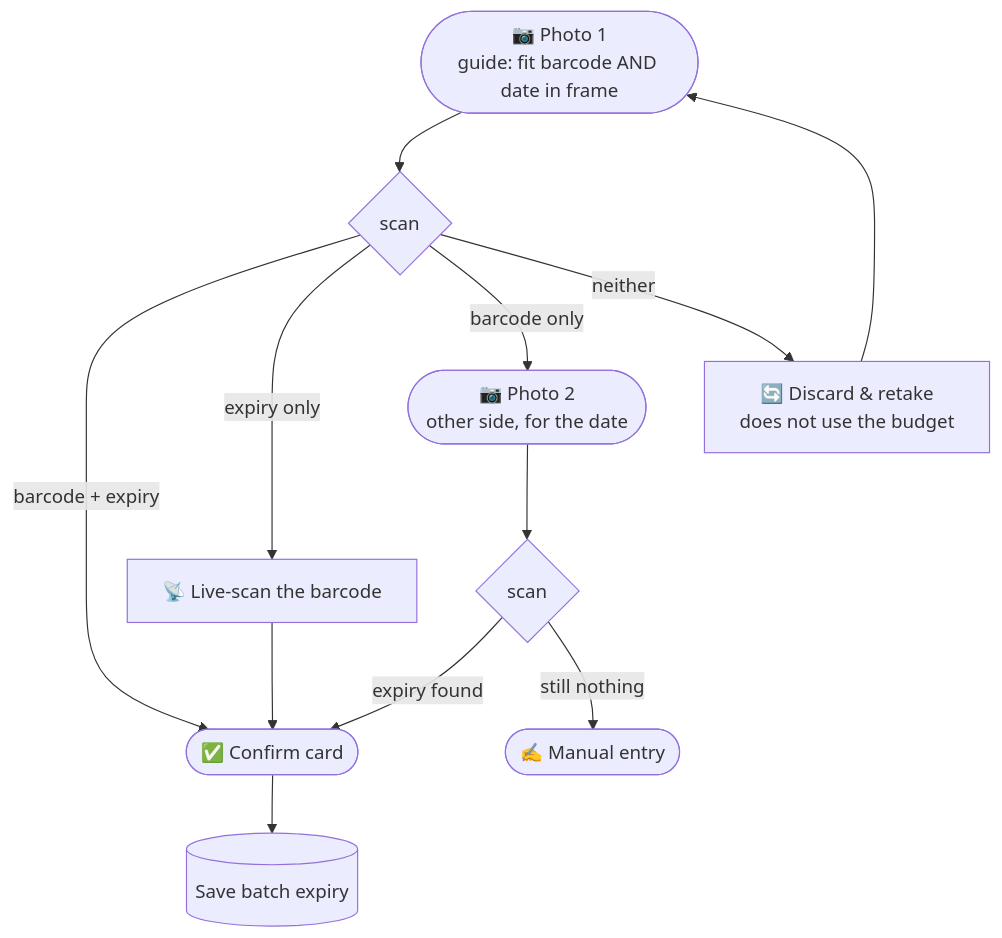
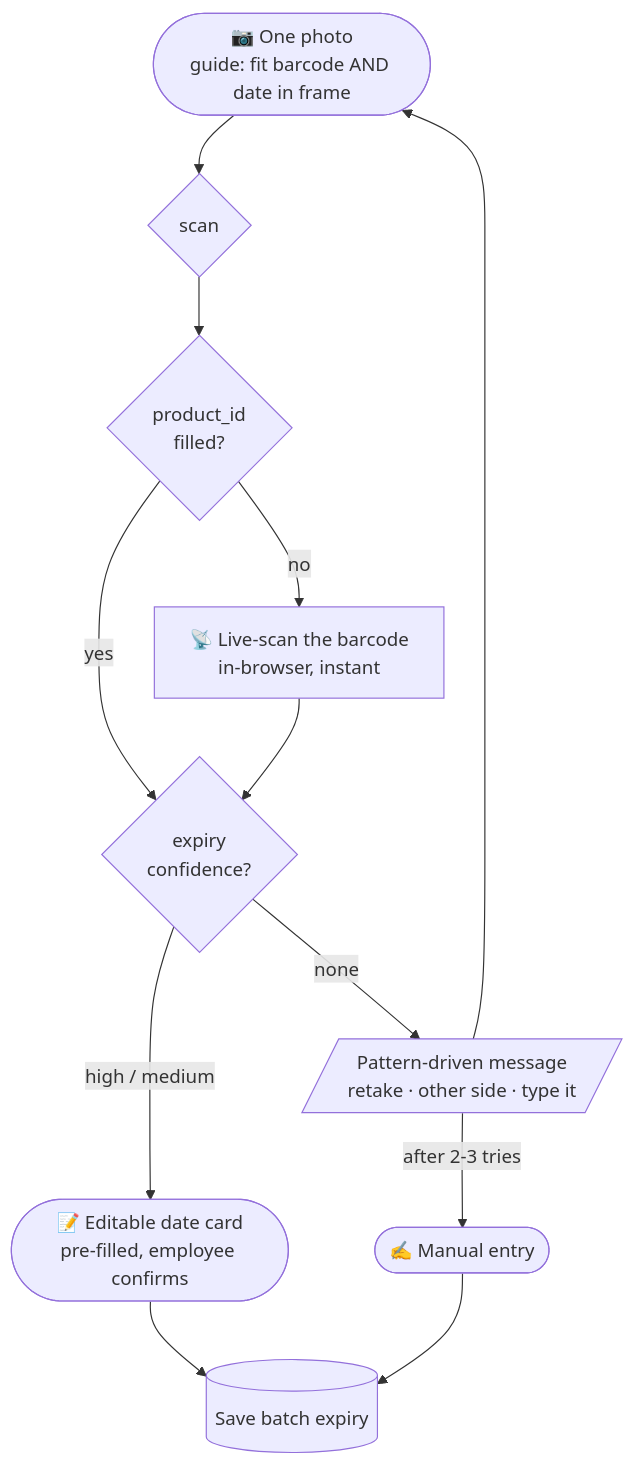
Before and after one commit to aayushroopchandani/Scanly: the diagram in frontend/frontend.md, drawn with Mermaid. The commit also changed other lines of this file, not shown here.

First line of the commit message:
docs: simplify capture flow - drop the two-photo budget

````diff
--- a/frontend/frontend.md
+++ b/frontend/frontend.md
@@ -50,14 +53,14 @@
 ```mermaid
 flowchart TD
-    A([📷 Photo 1<br/>guide: fit barcode AND date in frame]) --> B{scan}
-    B -->|barcode + expiry| DONE([✅ Confirm card])
-    B -->|expiry only| LS[📡 Live-scan the barcode]
-    B -->|barcode only| P2([📷 Photo 2<br/>other side, for the date])
-    B -->|neither| RETRY[🔄 Discard &amp; retake<br/>does not use the budget]
-    LS --> DONE
-    P2 --> C{scan}
-    C -->|expiry found| DONE
-    C -->|still nothing| MAN([✍️ Manual entry])
-    RETRY --> A
-    DONE --> SAVE[(Save batch expiry)]
+    A([📷 One photo<br/>guide: fit barcode AND date in frame]) --> B{scan}
+    B --> BC{product_id<br/>filled?}
+    BC -->|yes| EX
+    BC -->|no| LS[📡 Live-scan the barcode<br/>in-browser, instant]
+    LS --> EX{expiry<br/>confidence?}
+    EX -->|high / medium| CARD([📝 Editable date card<br/>pre-filled, employee confirms])
+    EX -->|none| MSG[/Pattern-driven message<br/>retake · other side · type it/]
+    MSG --> A
+    MSG -->|after 2-3 tries| MAN([✍️ Manual entry])
+    CARD --> SAVE[(Save batch expiry)]
+    MAN --> SAVE
 ```
````
